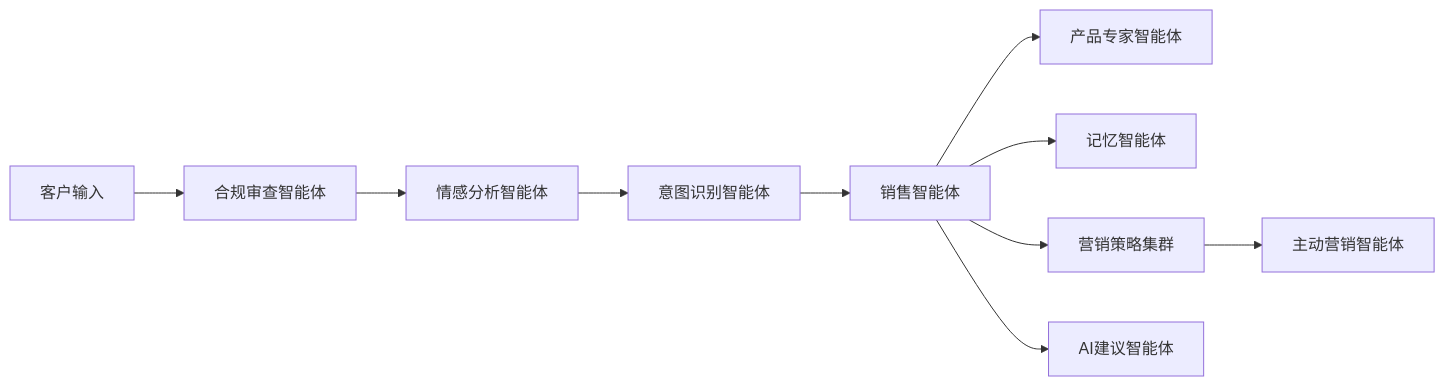
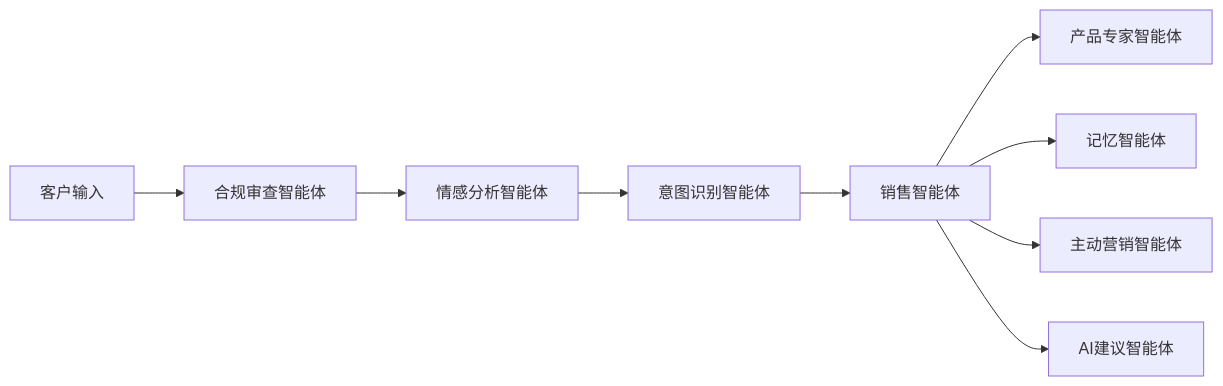
One commit to Liuz747/SalesFucker changed the diagram in README.md. Above: the diagram before and after it, drawn with Mermaid. The commit also changed other lines of this file and 3 other files, not shown here.

````diff
--- a/README.md
+++ b/README.md
@@ -20,12 +22,11 @@
 ```mermaid
 graph LR
     A[客户输入] --> B[合规审查智能体]
     B --> C[情感分析智能体]
     C --> D[意图识别智能体]
     D --> E[销售智能体]
     E --> F[产品专家智能体]
     E --> G[记忆智能体]
-    E --> H[营销策略集群]
-    H --> I[主动营销智能体]
-    E --> J[AI建议智能体]
+    E --> H[主动营销智能体]
+    E --> I[AI建议智能体]
 ```
````
